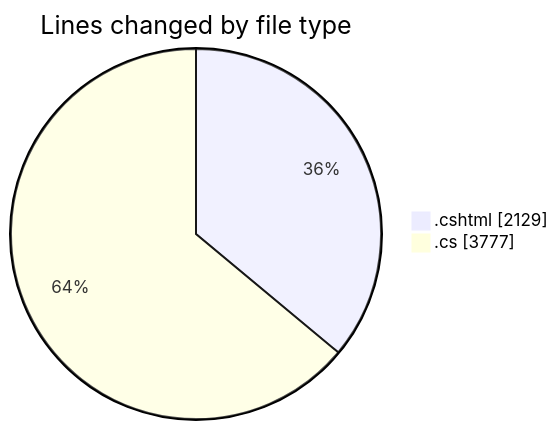
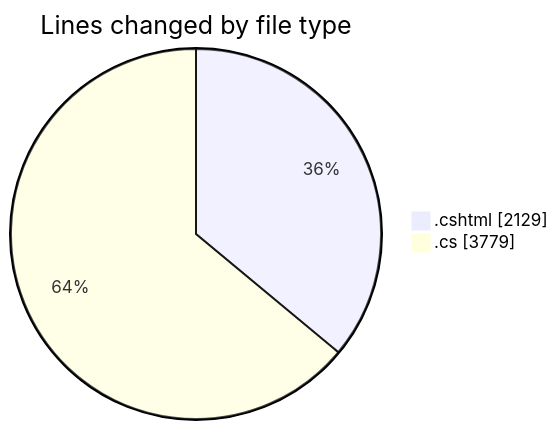
One commit to lephambinh05/code-tracking changed the first of 2 diagrams in 2025-07-17/nhahang/README.md. Above: the diagram before and after it, drawn with Mermaid. The commit also changed other lines of this file and 1 other file, not shown here.

````diff
--- a/2025-07-17/nhahang/README.md
+++ b/2025-07-17/nhahang/README.md
@@ -92,6 +92,6 @@
 ```mermaid
 pie showData
 title Lines changed by file type
 ".cshtml" : 2129
-".cs" : 3777
+".cs" : 3779
 ```
````
